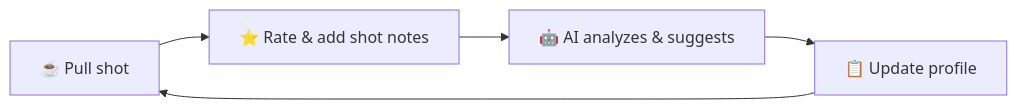
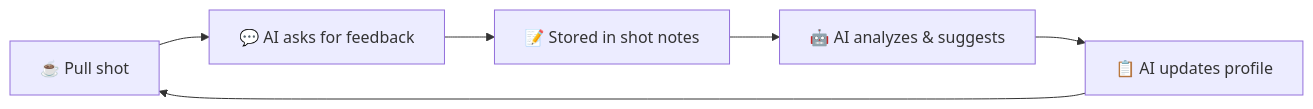
The diagram in README.md (bowerhaus/gaggimate-mcp), drawn with Mermaid before and after one commit. The commit also changed other lines of this file, not shown here.

````diff
--- a/README.md
+++ b/README.md
@@ -34,7 +34,8 @@
 ```mermaid
 flowchart LR
-    A[☕ Pull shot] --> B[⭐ Rate & add shot notes]
-    B --> C[🤖 AI analyzes & suggests]
-    C --> D[📋 Update profile]
-    D --> A
+    A[☕ Pull shot] --> B[💬 AI asks for feedback]
+    B --> C[📝 Stored in shot notes]
+    C --> D[🤖 AI analyzes & suggests]
+    D --> E[📋 AI updates profile]
+    E --> A
 ```
````
